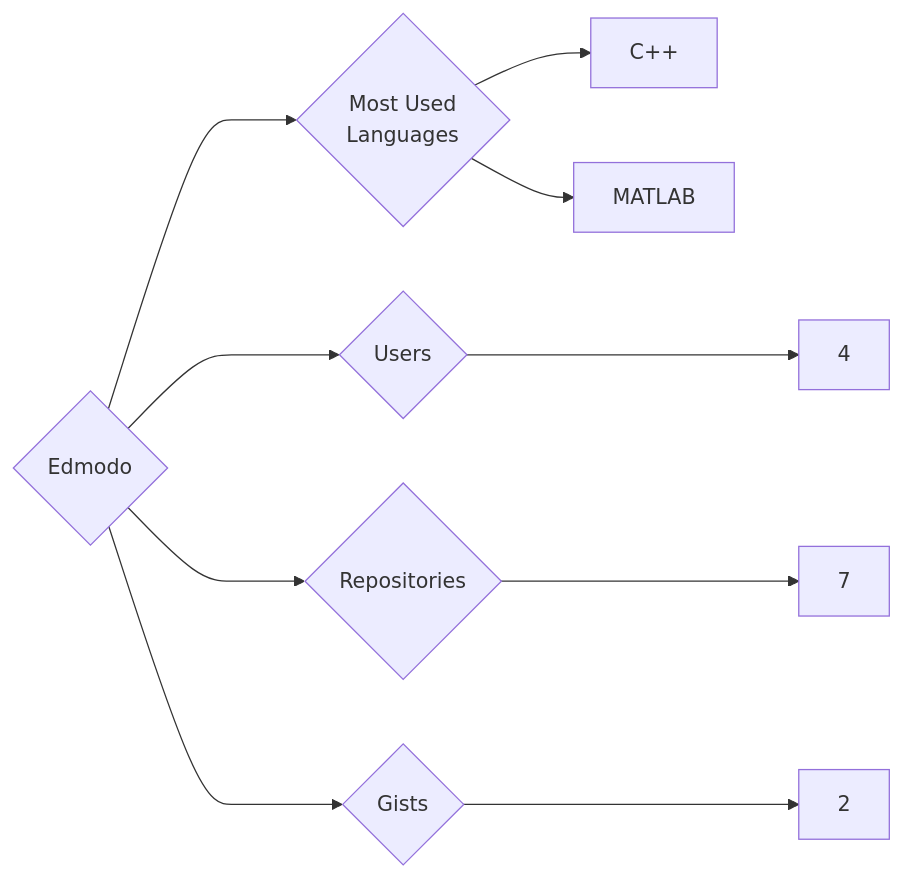
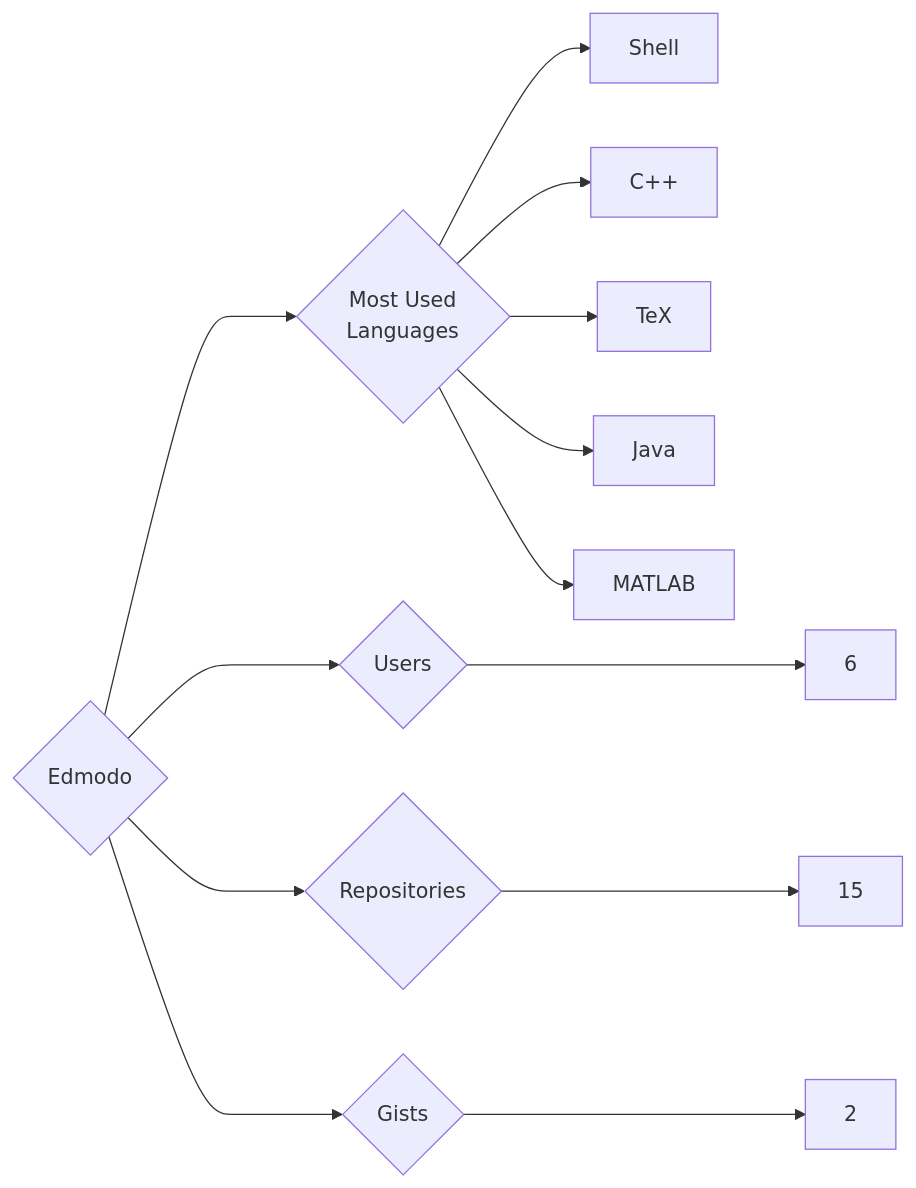
Before and after one commit to trickest/insiders: the diagram in targets/Edmodo/README.md, drawn with Mermaid. The commit also changed 1314 other files, not shown here.

````diff
--- a/targets/Edmodo/README.md
+++ b/targets/Edmodo/README.md
@@ -3,10 +3,13 @@
 ```mermaid
 graph LR
 COMPANY_NAME{Edmodo}
-COMPANY_NAME ---> U{Users} ---> UN[4]
-COMPANY_NAME ---> R{Repositories} ---> RN[7]
+COMPANY_NAME ---> U{Users} ---> UN[6]
+COMPANY_NAME ---> R{Repositories} ---> RN[15]
 COMPANY_NAME ---> G{Gists} ---> GN[2]
 COMPANY_NAME ---> ML{Most Used<br>Languages}
+ML --> Shell[Shell]
 ML --> C++[C++]
+ML --> TeX[TeX]
+ML --> Java[Java]
 ML --> MATLAB[MATLAB]
 ```
````
